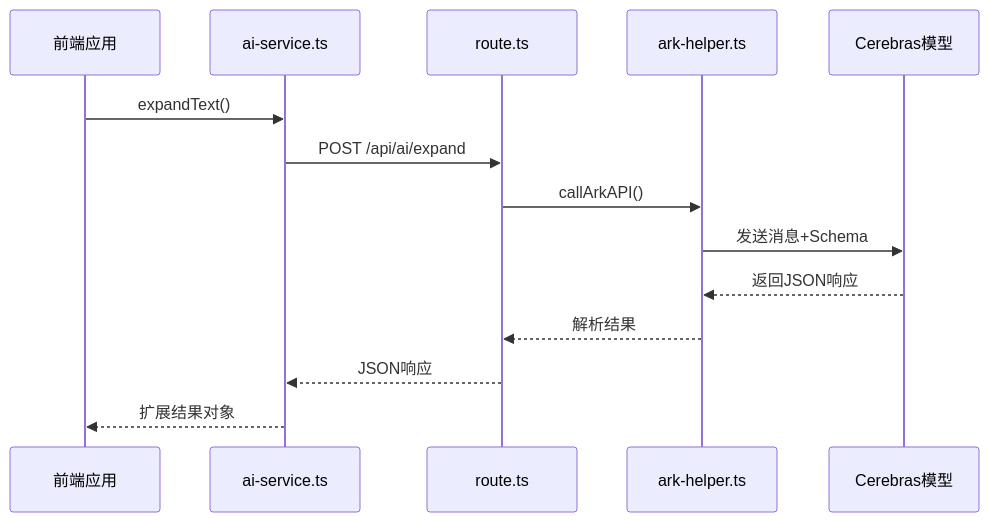
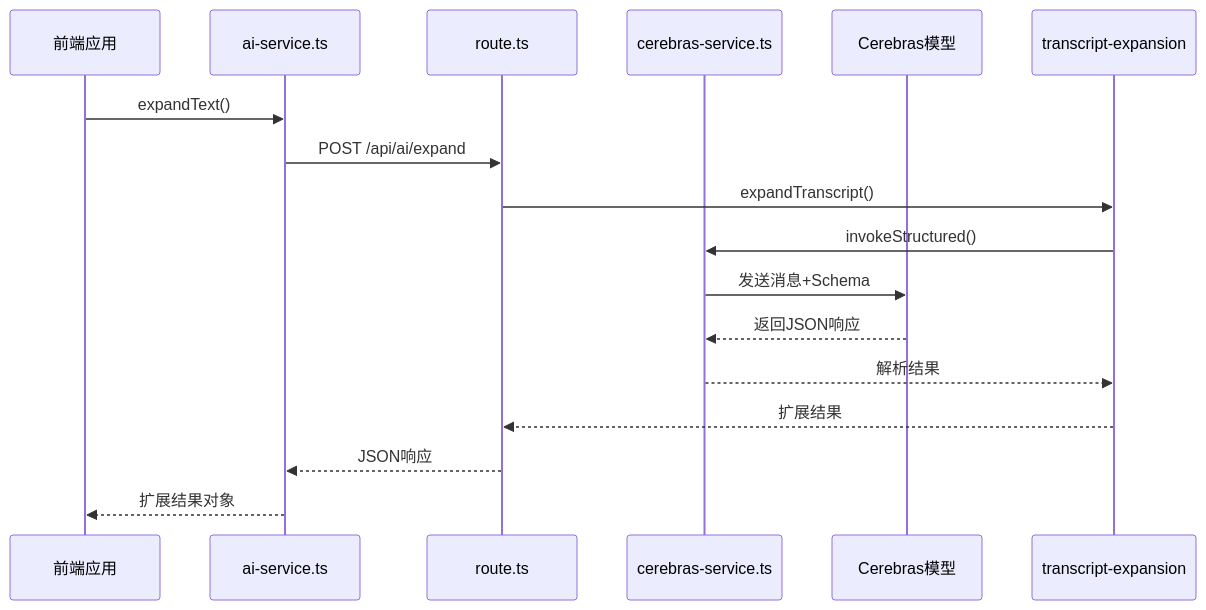
Before and after one commit to arthurlee116/english-listening-trainer: the third of 3 diagrams in .qoder/repowiki/zh/content/后端API接口/AI内容生成API/文本扩展API.md, drawn with Mermaid. The commit also changed other lines of this file and 58 other files, not shown here.

````diff
--- a/.qoder/repowiki/zh/content/后端API接口/AI内容生成API/文本扩展API.md
+++ b/.qoder/repowiki/zh/content/后端API接口/AI内容生成API/文本扩展API.md
@@ -137,16 +147,18 @@
 ```mermaid
 sequenceDiagram
 participant Frontend as 前端应用
 participant AIService as ai-service.ts
 participant APIRoute as route.ts
-participant ArkHelper as ark-helper.ts
+participant CerebrasService as cerebras-service.ts
 participant Cerebras as Cerebras模型
 Frontend->>AIService : expandText()
 AIService->>APIRoute : POST /api/ai/expand
-APIRoute->>ArkHelper : callArkAPI()
-ArkHelper->>Cerebras : 发送消息+Schema
-Cerebras-->>ArkHelper : 返回JSON响应
-ArkHelper-->>APIRoute : 解析结果
+APIRoute->>transcript-expansion : expandTranscript()
+transcript-expansion->>CerebrasService : invokeStructured()
+CerebrasService->>Cerebras : 发送消息+Schema
+Cerebras-->>CerebrasService : 返回JSON响应
+CerebrasService-->>transcript-expansion : 解析结果
+transcript-expansion-->>APIRoute : 扩展结果
 APIRoute-->>AIService : JSON响应
 AIService-->>Frontend : 扩展结果对象
 ```
````
